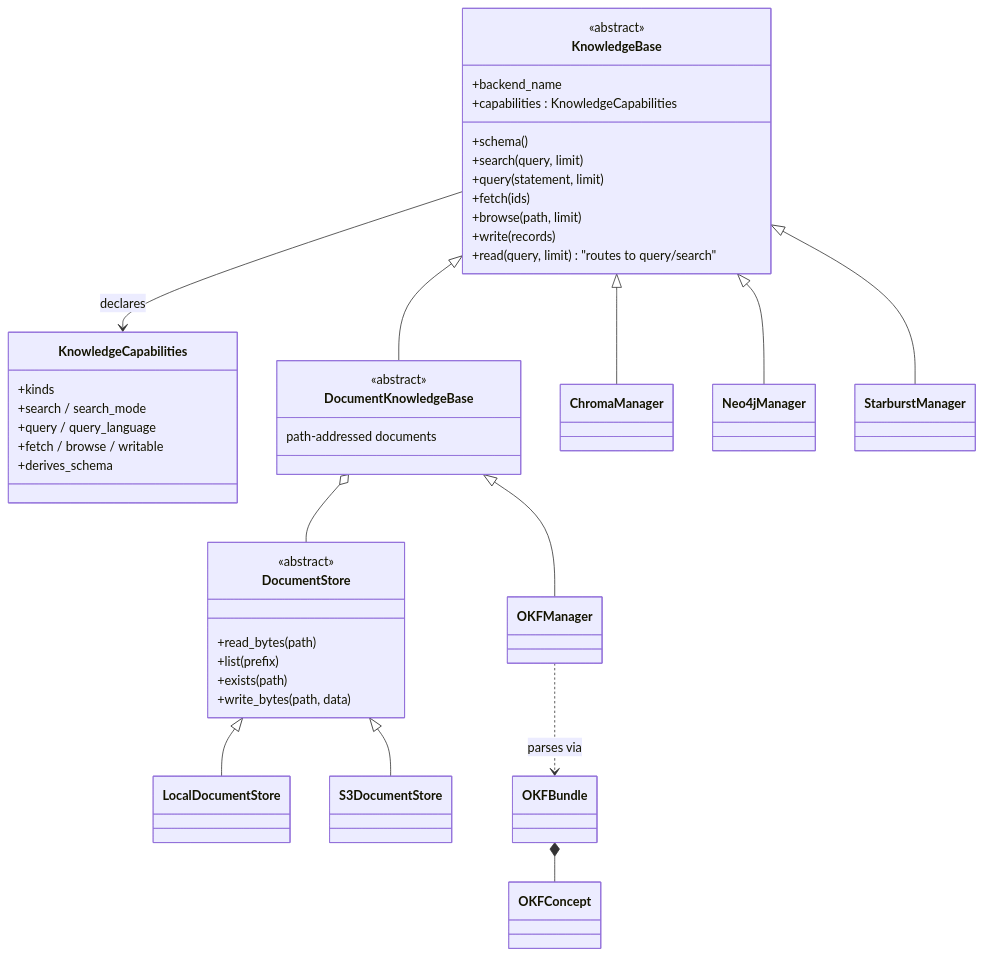
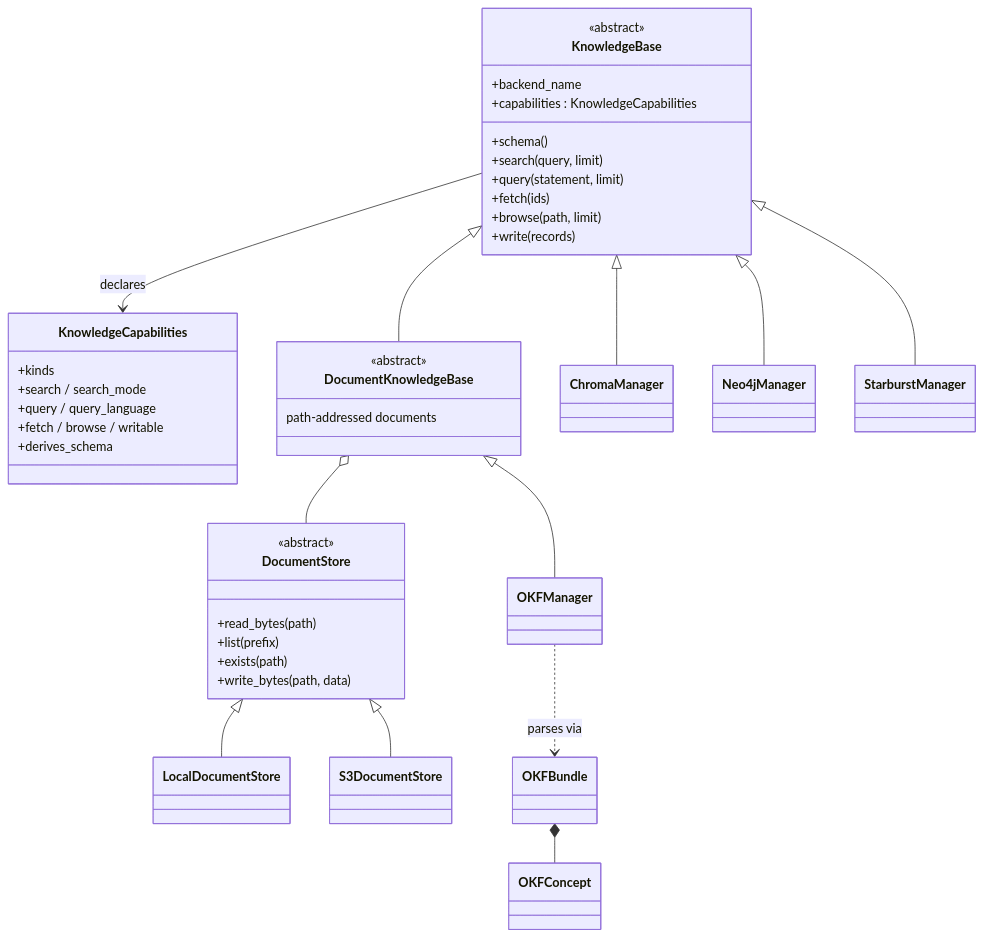
One commit to adithyadilum/agent-kernel changed the diagram in docs/specs/553-okf-knowledge-bases/design.md. Above: the diagram before and after it, drawn with Mermaid. The commit also changed other lines of this file and 56 other files, not shown here.

````diff
--- a/docs/specs/553-okf-knowledge-bases/design.md
+++ b/docs/specs/553-okf-knowledge-bases/design.md
@@ -108,44 +137,43 @@
 ```mermaid
 classDiagram
     class KnowledgeBase {
         <<abstract>>
         +backend_name
         +capabilities : KnowledgeCapabilities
         +schema()
         +search(query, limit)
         +query(statement, limit)
         +fetch(ids)
         +browse(path, limit)
         +write(records)
-        +read(query, limit) "routes to query/search"
     }
     class KnowledgeCapabilities {
         +kinds
         +search / search_mode
         +query / query_language
         +fetch / browse / writable
         +derives_schema
     }
     class DocumentKnowledgeBase {
         <<abstract>>
         path-addressed documents
     }
     class DocumentStore {
         <<abstract>>
         +read_bytes(path)
         +list(prefix)
         +exists(path)
         +write_bytes(path, data)
     }
     KnowledgeBase --> KnowledgeCapabilities : declares
     KnowledgeBase <|-- ChromaManager
     KnowledgeBase <|-- Neo4jManager
     KnowledgeBase <|-- StarburstManager
     KnowledgeBase <|-- DocumentKnowledgeBase
     DocumentKnowledgeBase <|-- OKFManager
     DocumentKnowledgeBase o-- DocumentStore
     DocumentStore <|-- LocalDocumentStore
     DocumentStore <|-- S3DocumentStore
     OKFManager ..> OKFBundle : parses via
     OKFBundle *-- OKFConcept
 ```
````
